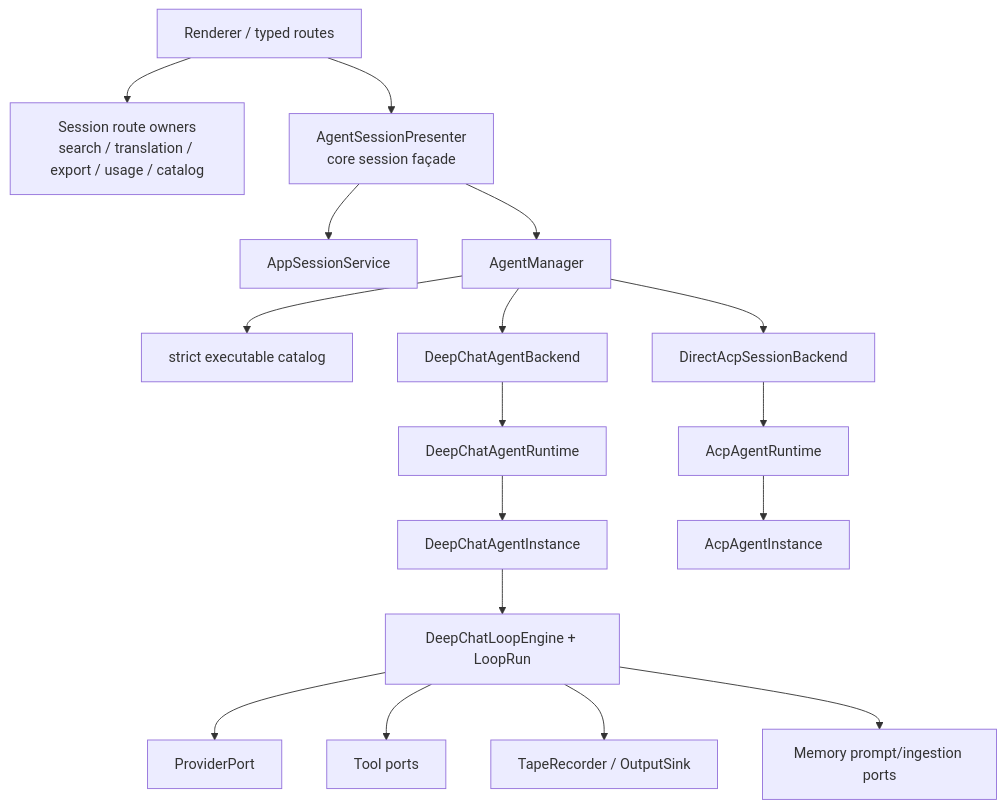
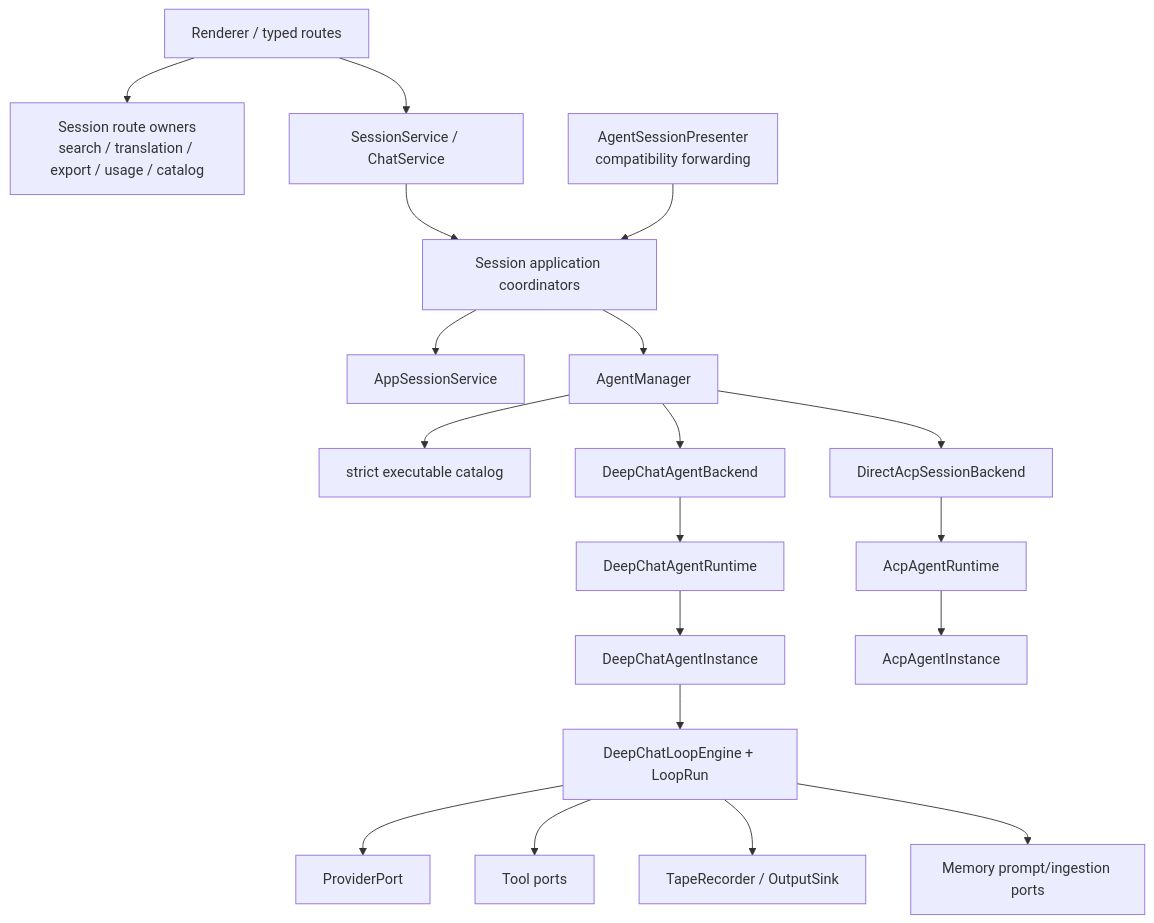
The diagram in docs/architecture/agent-system.md (zerob13/deepchat), drawn with Mermaid before and after one commit. The commit also changed other lines of this file and 57 other files, not shown here.

First line of the commit message:
refactor(session): extract application coordinators (#1961)

````diff
--- a/docs/architecture/agent-system.md
+++ b/docs/architecture/agent-system.md
@@ -32,19 +32,21 @@
 ```mermaid
 flowchart TD
     UI["Renderer / typed routes"] --> RouteOwners["Session route owners<br/>search / translation / export / usage / catalog"]
-    UI --> Facade["AgentSessionPresenter<br/>core session façade"]
-    Facade --> Sessions["AppSessionService"]
-    Facade --> Manager["AgentManager"]
+    UI --> Services["SessionService / ChatService"]
+    Services --> App["Session application coordinators"]
+    Compat["AgentSessionPresenter<br/>compatibility forwarding"] --> App
+    App --> Sessions["AppSessionService"]
+    App --> Manager["AgentManager"]
     Manager --> Catalog["strict executable catalog"]
     Manager --> DeepBackend["DeepChatAgentBackend"]
     Manager --> AcpBackend["DirectAcpSessionBackend"]
     DeepBackend --> DeepRuntime["DeepChatAgentRuntime"]
     DeepRuntime --> DeepInstance["DeepChatAgentInstance"]
     DeepInstance --> Loop["DeepChatLoopEngine + LoopRun"]
     AcpBackend --> AcpRuntime["AcpAgentRuntime"]
     AcpRuntime --> AcpInstance["AcpAgentInstance"]
     Loop --> Provider["ProviderPort"]
     Loop --> ToolPorts["Tool ports"]
     Loop --> Tape["TapeRecorder / OutputSink"]
     Loop --> Memory["Memory prompt/ingestion ports"]
 ```
````
